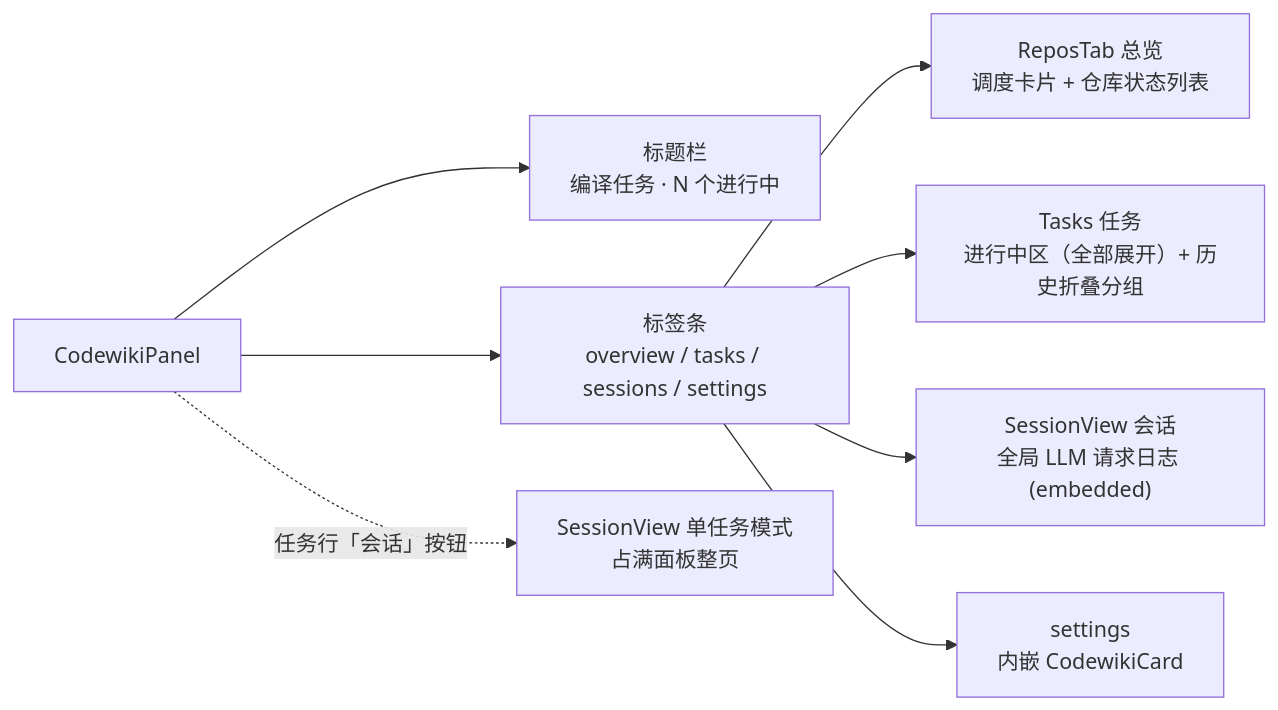
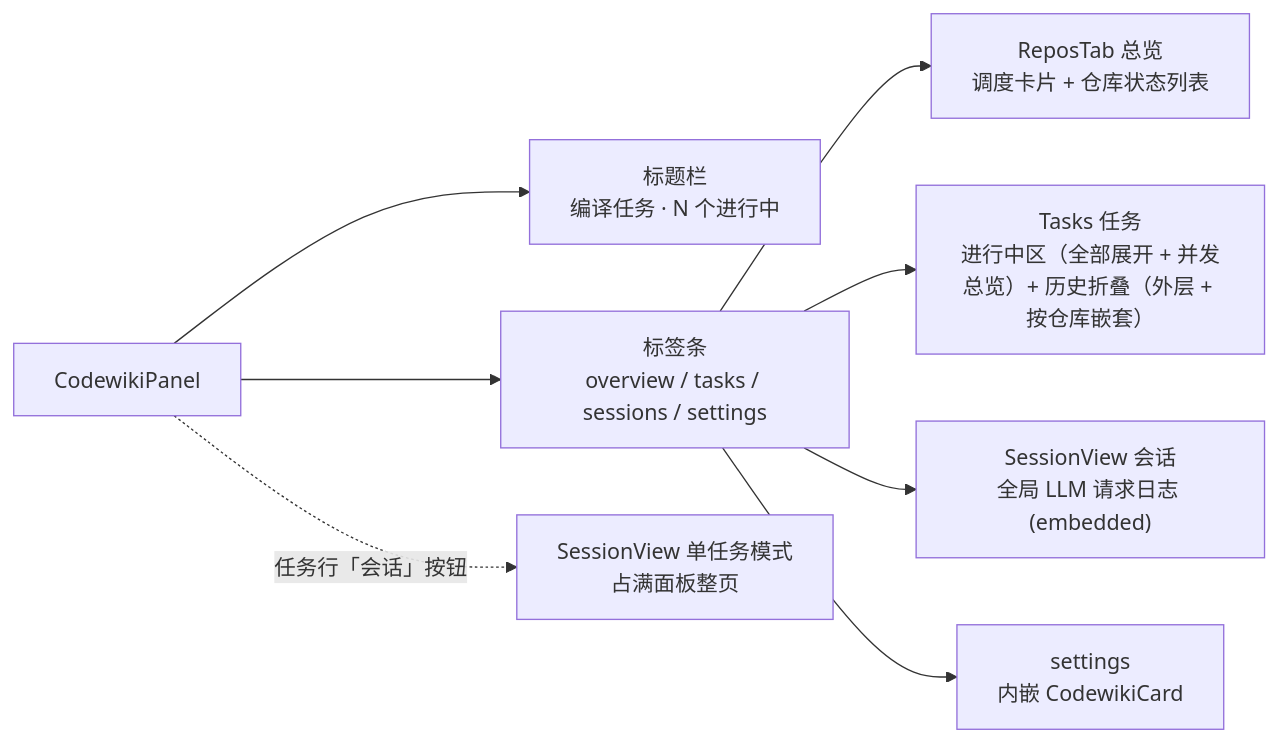
Before and after one commit to ikliml666/dsh-codewiki: the second of 5 diagrams in .codewiki/_native-state/docs/client_panel_ui.md, drawn with Mermaid. The commit also changed other lines of this file and 7 other files, not shown here.

````diff
--- a/.codewiki/_native-state/docs/client_panel_ui.md
+++ b/.codewiki/_native-state/docs/client_panel_ui.md
@@ -83,10 +83,10 @@
 ```mermaid
 flowchart LR
   Panel["CodewikiPanel"] --> Head["标题栏<br/>编译任务 · N 个进行中"]
   Panel --> TabBar["标签条<br/>overview / tasks / sessions / settings"]
   TabBar --> T1["ReposTab 总览<br/>调度卡片 + 仓库状态列表"]
-  TabBar --> T2["Tasks 任务<br/>进行中区（全部展开）+ 历史折叠分组"]
+  TabBar --> T2["Tasks 任务<br/>进行中区（全部展开 + 并发总览）+ 历史折叠（外层 + 按仓库嵌套）"]
   TabBar --> T3["SessionView 会话<br/>全局 LLM 请求日志 (embedded)"]
   TabBar --> T4["settings<br/>内嵌 CodewikiCard"]
   Panel -. "任务行「会话」按钮" .-> SV1["SessionView 单任务模式<br/>占满面板整页"]
 ```
````
